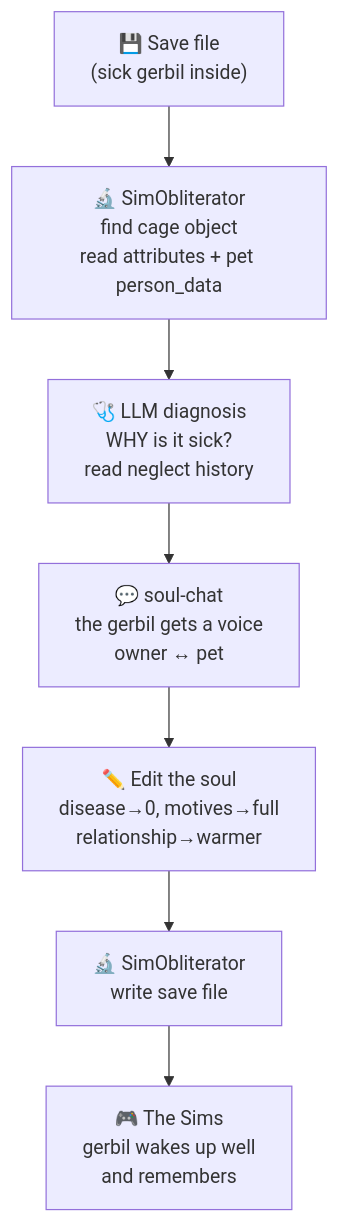
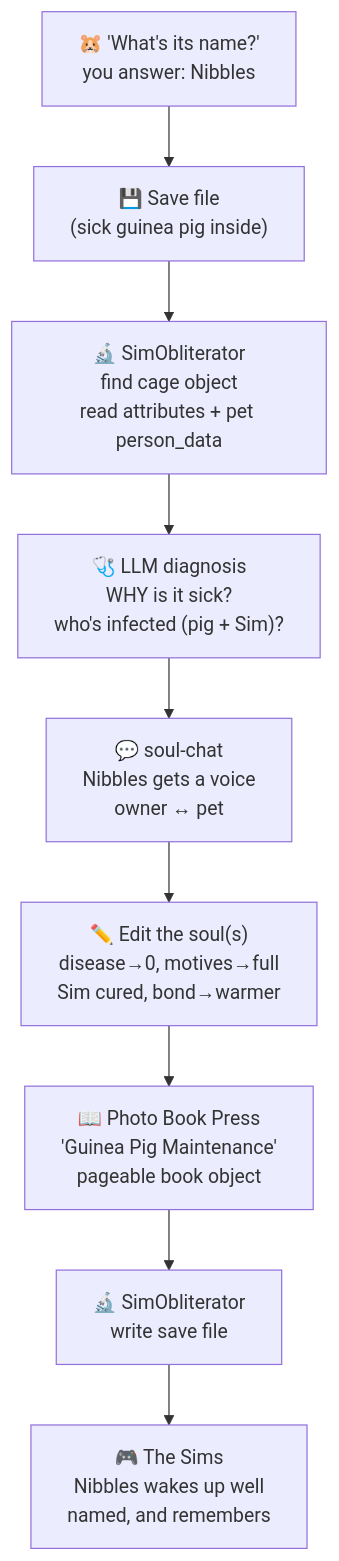
The diagram in designs/sim-obliterator/THE-PET-SHOP.md (SimHacker/moollm), drawn with Mermaid before and after one commit. The commit also changed other lines of this file and 2 other files, not shown here.

First line of the commit message:
pet-shop: canon guinea pig; naming ritual, maintenance book, object regenesis

````diff
--- a/designs/sim-obliterator/THE-PET-SHOP.md
+++ b/designs/sim-obliterator/THE-PET-SHOP.md
@@ -48,9 +73,11 @@
 ```mermaid
 flowchart TD
-    SAVE["💾 Save file<br/>(sick gerbil inside)"] --> SO["🔬 SimObliterator<br/>find cage object<br/>read attributes + pet person_data"]
-    SO --> DIAG["🩺 LLM diagnosis<br/>WHY is it sick?<br/>read neglect history"]
-    DIAG --> CHAT["💬 soul-chat<br/>the gerbil gets a voice<br/>owner ↔ pet"]
-    CHAT --> HEAL["✏️ Edit the soul<br/>disease→0, motives→full<br/>relationship→warmer"]
-    HEAL --> SO2["🔬 SimObliterator<br/>write save file"]
-    SO2 --> SIMS["🎮 The Sims<br/>gerbil wakes up well<br/>and remembers"]
+    NAME["🐹 'What's its name?'<br/>you answer: Nibbles"] --> SAVE["💾 Save file<br/>(sick guinea pig inside)"]
+    SAVE --> SO["🔬 SimObliterator<br/>find cage object<br/>read attributes + pet person_data"]
+    SO --> DIAG["🩺 LLM diagnosis<br/>WHY is it sick?<br/>who's infected (pig + Sim)?"]
+    DIAG --> CHAT["💬 soul-chat<br/>Nibbles gets a voice<br/>owner ↔ pet"]
+    CHAT --> HEAL["✏️ Edit the soul(s)<br/>disease→0, motives→full<br/>Sim cured, bond→warmer"]
+    HEAL --> BOOK["📖 Photo Book Press<br/>'Guinea Pig Maintenance'<br/>pageable book object"]
+    BOOK --> SO2["🔬 SimObliterator<br/>write save file"]
+    SO2 --> SIMS["🎮 The Sims<br/>Nibbles wakes up well<br/>named, and remembers"]
 ```
````
